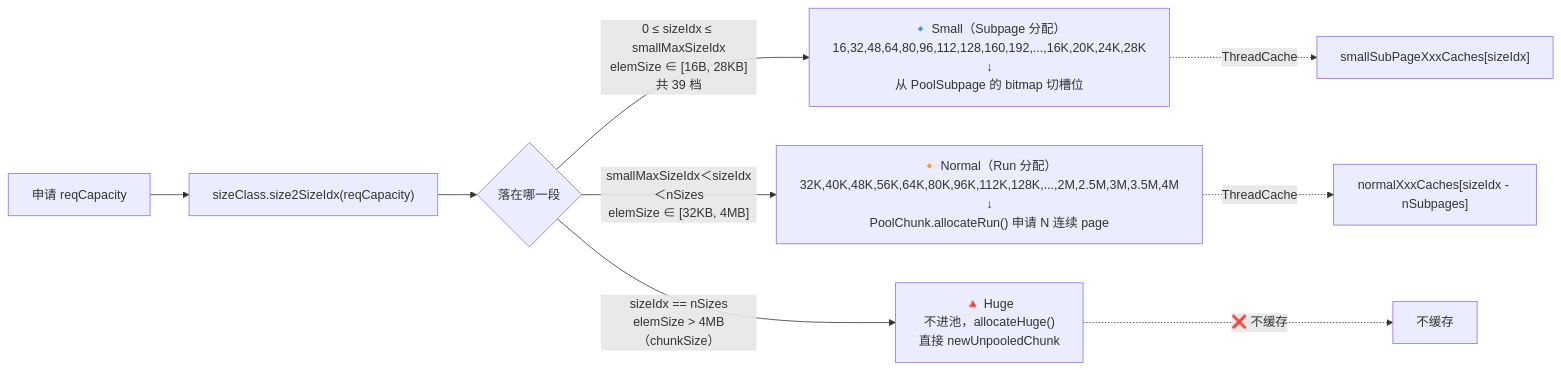
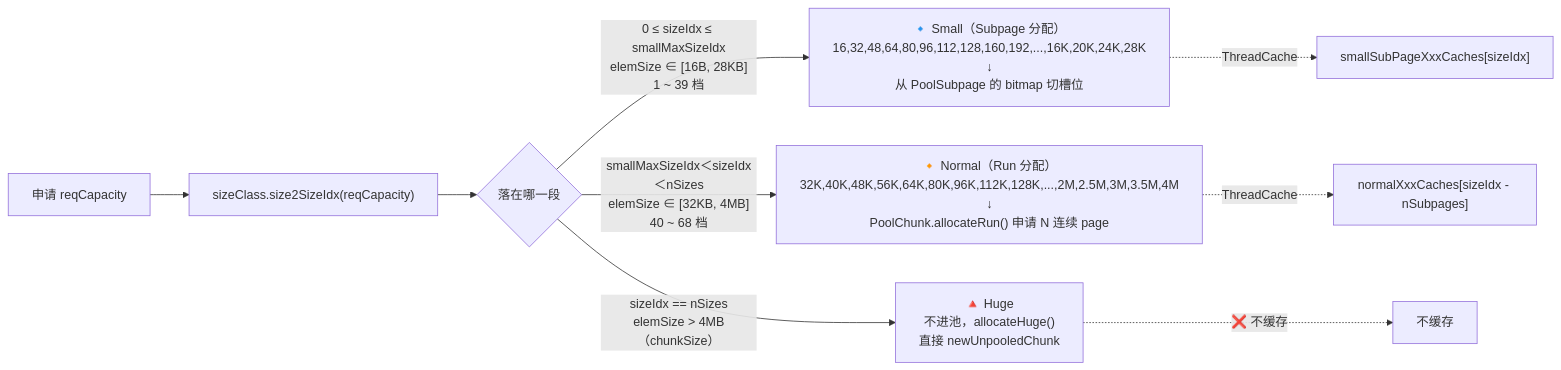
Before and after one commit to al2wyw/sourceCode_utilityDemo_designPattern: the sixth of 6 diagrams in demo/src/main/java/netty/netty_buffer_pool.md, drawn with Mermaid. The commit also changed other lines of this file, not shown here.

Commit message:
buffer pool SizeClass 内存使用率

````diff
--- a/demo/src/main/java/netty/netty_buffer_pool.md
+++ b/demo/src/main/java/netty/netty_buffer_pool.md
@@ -422,15 +424,15 @@
 ```mermaid
 flowchart LR
     REQ["申请 reqCapacity"] --> N["sizeClass.size2SizeIdx(reqCapacity)"]
     N --> JUDGE{落在哪一段}
 
-    JUDGE -- "0 ≤ sizeIdx ≤ smallMaxSizeIdx<br/>elemSize ∈ [16B, 28KB]<br/>共 39 档" --> SMALL["🔹 Small（Subpage 分配）<br/>16,32,48,64,80,96,112,128,160,192,...,16K,20K,24K,28K<br/>↓<br/>从 PoolSubpage 的 bitmap 切槽位"]
+    JUDGE -- "0 ≤ sizeIdx ≤ smallMaxSizeIdx<br/>elemSize ∈ [16B, 28KB]<br/>1 ~ 39 档" --> SMALL["🔹 Small（Subpage 分配）<br/>16,32,48,64,80,96,112,128,160,192,...,16K,20K,24K,28K<br/>↓<br/>从 PoolSubpage 的 bitmap 切槽位"]
 
-    JUDGE -- "smallMaxSizeIdx＜sizeIdx＜nSizes<br/>elemSize ∈ [32KB, 4MB]" --> NORMAL["🔸 Normal（Run 分配）<br/>32K,40K,48K,56K,64K,80K,96K,112K,128K,...,2M,2.5M,3M,3.5M,4M<br/>↓<br/>PoolChunk.allocateRun() 申请 N 连续 page"]
+    JUDGE -- "smallMaxSizeIdx＜sizeIdx＜nSizes<br/>elemSize ∈ [32KB, 4MB]<br/>40 ~ 68 档" --> NORMAL["🔸 Normal（Run 分配）<br/>32K,40K,48K,56K,64K,80K,96K,112K,128K,...,2M,2.5M,3M,3.5M,4M<br/>↓<br/>PoolChunk.allocateRun() 申请 N 连续 page"]
 
     JUDGE -- "sizeIdx == nSizes<br/>elemSize > 4MB（chunkSize）" --> HUGE["🔺 Huge<br/>不进池，allocateHuge()<br/>直接 newUnpooledChunk"]
 
     SMALL -. ThreadCache .-> TC1["smallSubPageXxxCaches[sizeIdx]"]
     NORMAL -. ThreadCache .-> TC2["normalXxxCaches[sizeIdx - nSubpages]"]
     HUGE -. ❌ 不缓存 .-> NOC["不缓存"]
 ```
````
